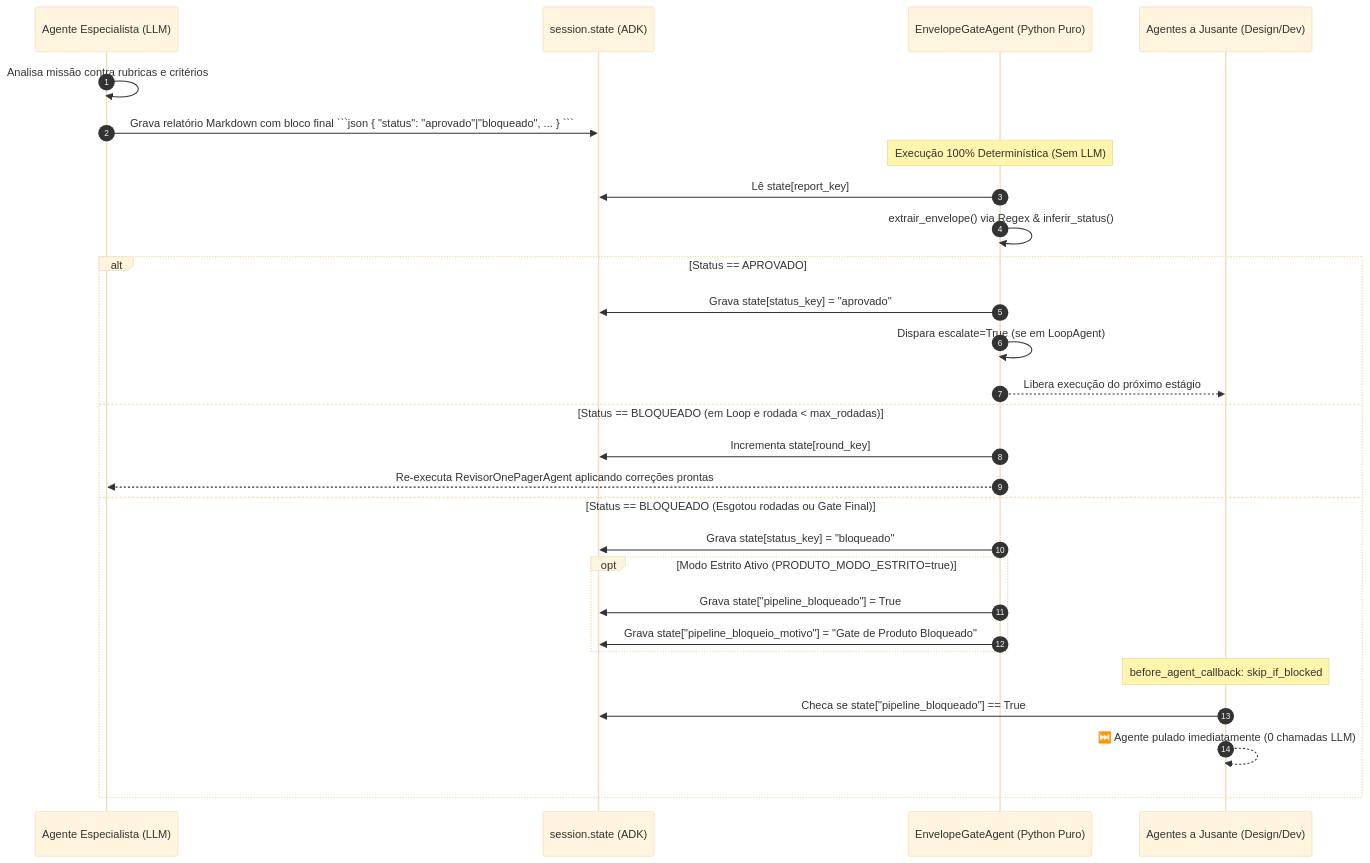
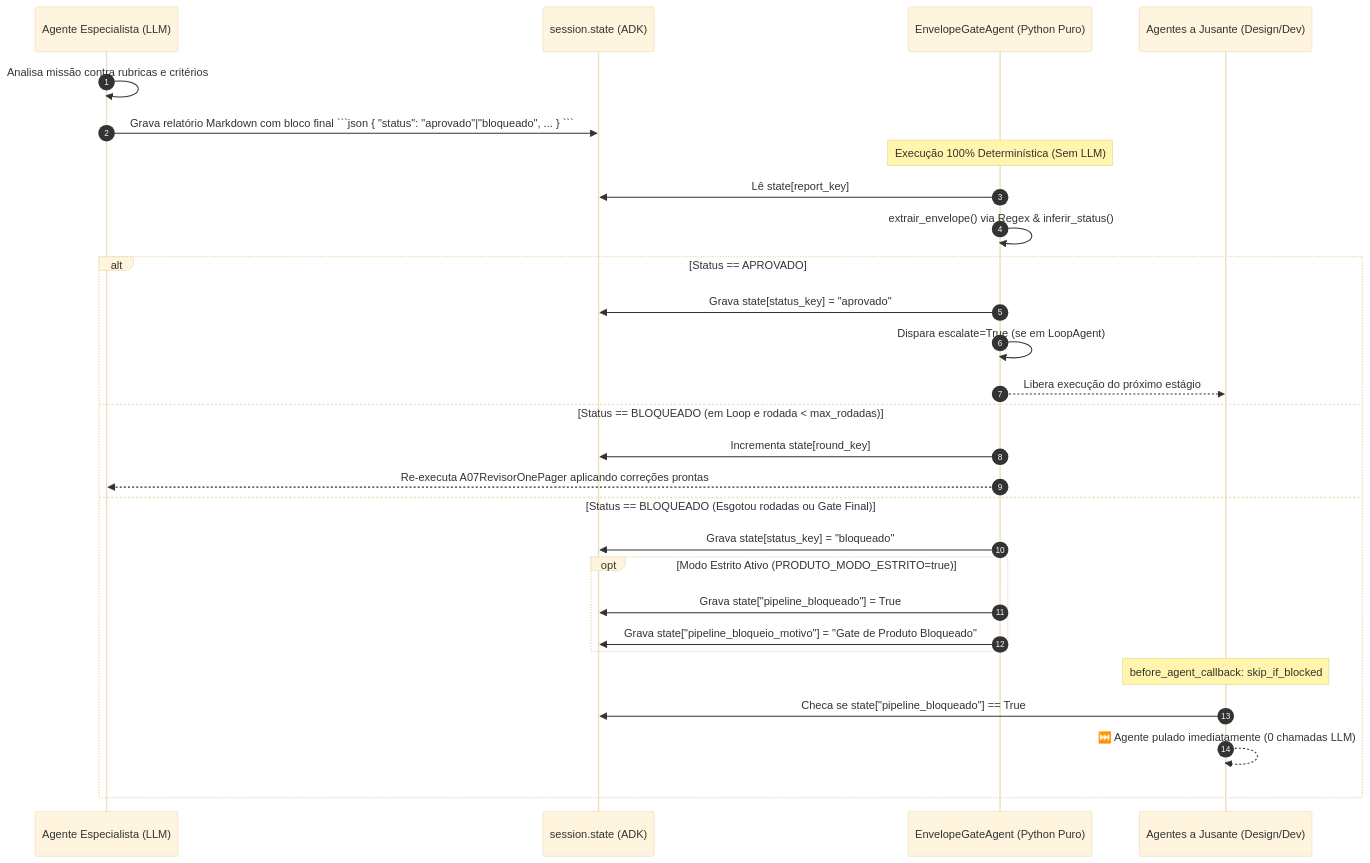
One commit to lucas-salomao-unooria/gerador-missoes changed the third of 3 diagrams in README.md. Above: the diagram before and after it, drawn with Mermaid (base theme). The commit also changed other lines of this file and 85 other files, not shown here.

````diff
--- a/README.md
+++ b/README.md
@@ -255,33 +258,33 @@
 ```mermaid
 sequenceDiagram
     autonumber
     participant LLM as Agente Especialista (LLM)
     participant State as session.state (ADK)
     participant Gate as EnvelopeGateAgent (Python Puro)
     participant Downstream as Agentes a Jusante (Design/Dev)
 
     LLM->>LLM: Analisa missão contra rubricas e critérios
     LLM->>State: Grava relatório Markdown com bloco final ```json { "status": "aprovado"|"bloqueado", ... } ```
     
     Note over Gate: Execução 100% Determinística (Sem LLM)
     Gate->>State: Lê state[report_key]
     Gate->>Gate: extrair_envelope() via Regex & inferir_status()
     
     alt Status == APROVADO
         Gate->>State: Grava state[status_key] = "aprovado"
         Gate->>Gate: Dispara escalate=True (se em LoopAgent)
         Gate-->>Downstream: Libera execução do próximo estágio
     else Status == BLOQUEADO (em Loop e rodada < max_rodadas)
         Gate->>State: Incrementa state[round_key]
-        Gate-->>LLM: Re-executa RevisorOnePagerAgent aplicando correções prontas
+        Gate-->>LLM: Re-executa A07RevisorOnePager aplicando correções prontas
     else Status == BLOQUEADO (Esgotou rodadas ou Gate Final)
         Gate->>State: Grava state[status_key] = "bloqueado"
         opt Modo Estrito Ativo (PRODUTO_MODO_ESTRITO=true)
             Gate->>State: Grava state["pipeline_bloqueado"] = True
             Gate->>State: Grava state["pipeline_bloqueio_motivo"] = "Gate de Produto Bloqueado"
         end
         Note over Downstream: before_agent_callback: skip_if_blocked
         Downstream->>State: Checa se state["pipeline_bloqueado"] == True
         Downstream-->>Downstream: ⏭️ Agente pulado imediatamente (0 chamadas LLM)
     end
 ```
````
